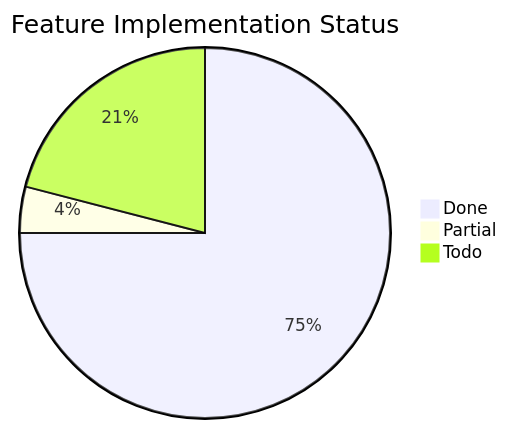
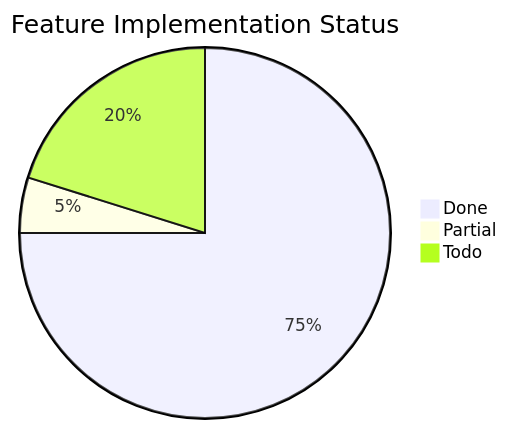
The third of 3 diagrams in docs/word-features.md (Papyrine/Morph), drawn with Mermaid before and after one commit. The commit also changed other lines of this file and 16 other files, not shown here.

````diff
--- a/docs/word-features.md
+++ b/docs/word-features.md
@@ -1864,6 +1869,6 @@
 ```mermaid
 pie title Feature Implementation Status
     "Done" : 93
-    "Partial" : 5
-    "Todo" : 26
+    "Partial" : 6
+    "Todo" : 25
 ```
````
